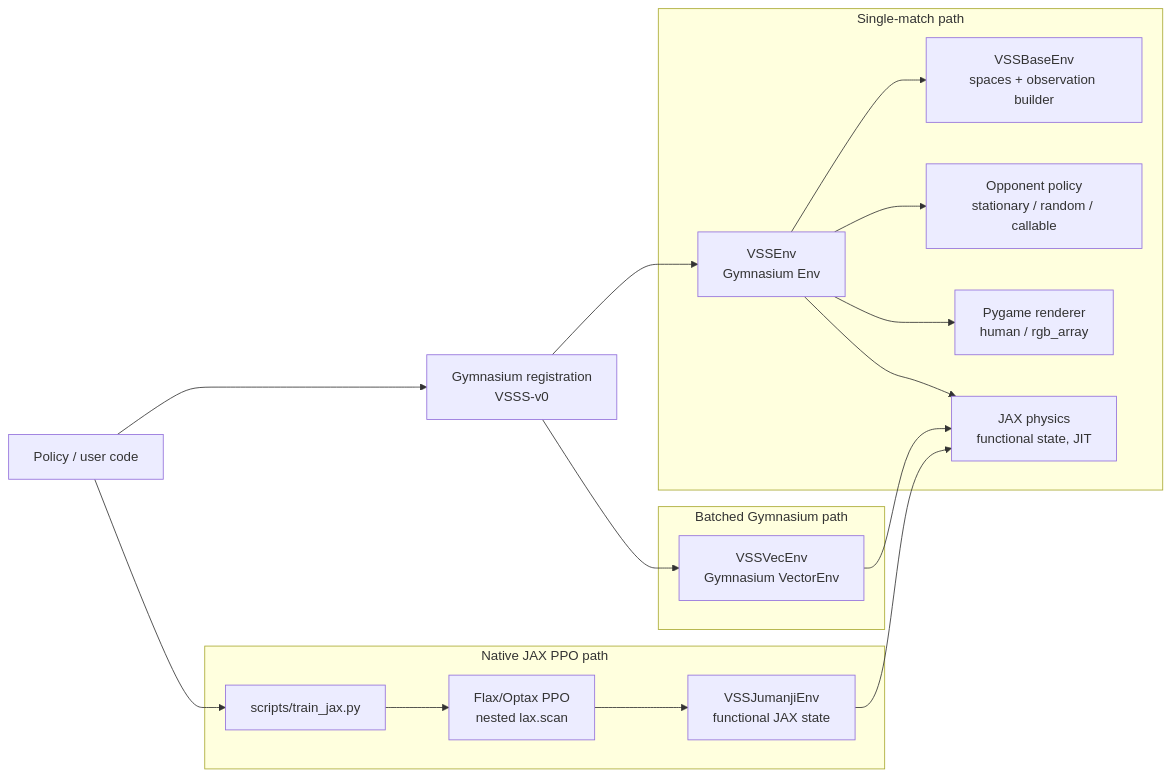
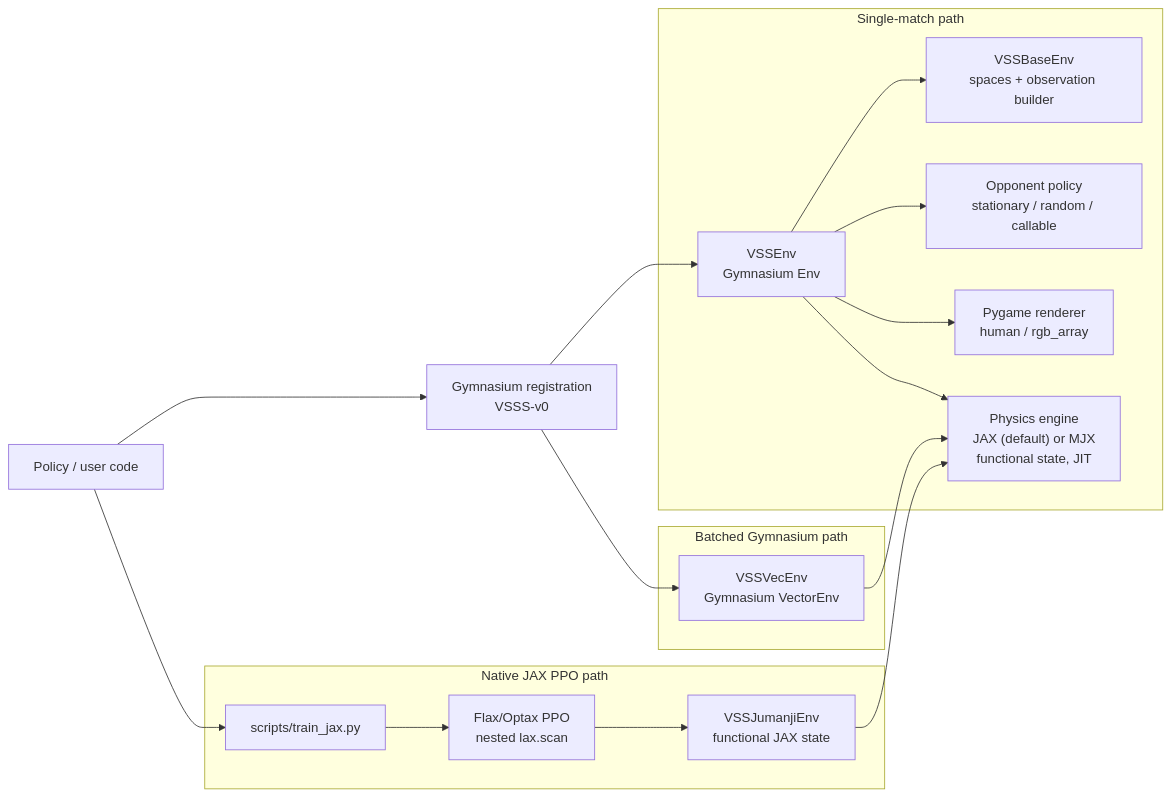
Before and after one commit to canhotuctor/vsss-sim: the first of 8 diagrams in STRUCTURE.md, drawn with Mermaid. The commit also changed other lines of this file and 18 other files, not shown here.

Commit message:
feat: add optional MuJoCo MJX physics backend

````diff
--- a/STRUCTURE.md
+++ b/STRUCTURE.md
@@ -16,34 +18,34 @@
 ```mermaid
 flowchart LR
     user["Policy / user code"]
     gym["Gymnasium registration<br/>VSSS-v0"]
 
     subgraph single["Single-match path"]
         env["VSSEnv<br/>Gymnasium Env"]
         base["VSSBaseEnv<br/>spaces + observation builder"]
         opponent["Opponent policy<br/>stationary / random / callable"]
         renderer["Pygame renderer<br/>human / rgb_array"]
-        physics["JAX physics<br/>functional state, JIT"]
+        physics["Physics engine<br/>JAX (default) or MJX<br/>functional state, JIT"]
         env --> base
         env --> opponent
         env --> renderer
         env --> physics
     end
 
     subgraph vector["Batched Gymnasium path"]
         vec["VSSVecEnv<br/>Gymnasium VectorEnv"]
         vec --> physics
     end
 
     subgraph native["Native JAX PPO path"]
         trainjax["scripts/train_jax.py"]
         ppojax["Flax/Optax PPO<br/>nested lax.scan"]
         jumanji["VSSJumanjiEnv<br/>functional JAX state"]
         trainjax --> ppojax --> jumanji --> physics
     end
 
     user --> gym
     gym --> env
     gym --> vec
     user --> trainjax
 ```
````
